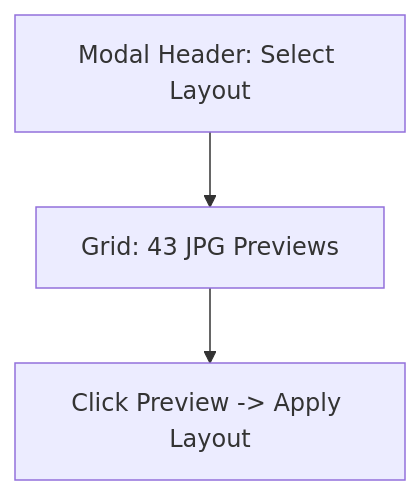
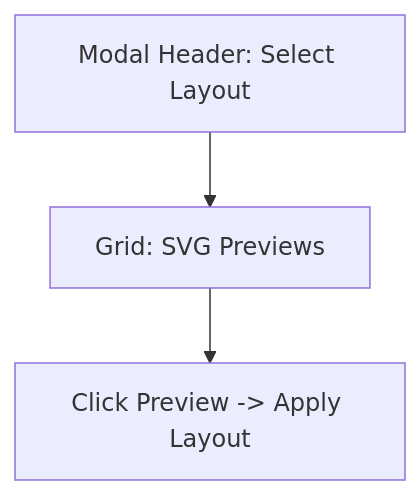
One commit to romansemkiv/MV-control2 changed the fifth of 5 diagrams in DOCS/Frontend-Wireframes.md. Above: the diagram before and after it, drawn with Mermaid. The commit also changed 3 other files, not shown here.

````diff
--- a/DOCS/Frontend-Wireframes.md
+++ b/DOCS/Frontend-Wireframes.md
@@ -53,5 +53,5 @@
 ```mermaid
 flowchart TB
-  H[Modal Header: Select Layout] --> G[Grid: 43 JPG Previews]
+  H[Modal Header: Select Layout] --> G[Grid: SVG Previews]
   G --> S[Click Preview -> Apply Layout]
 ```
````
